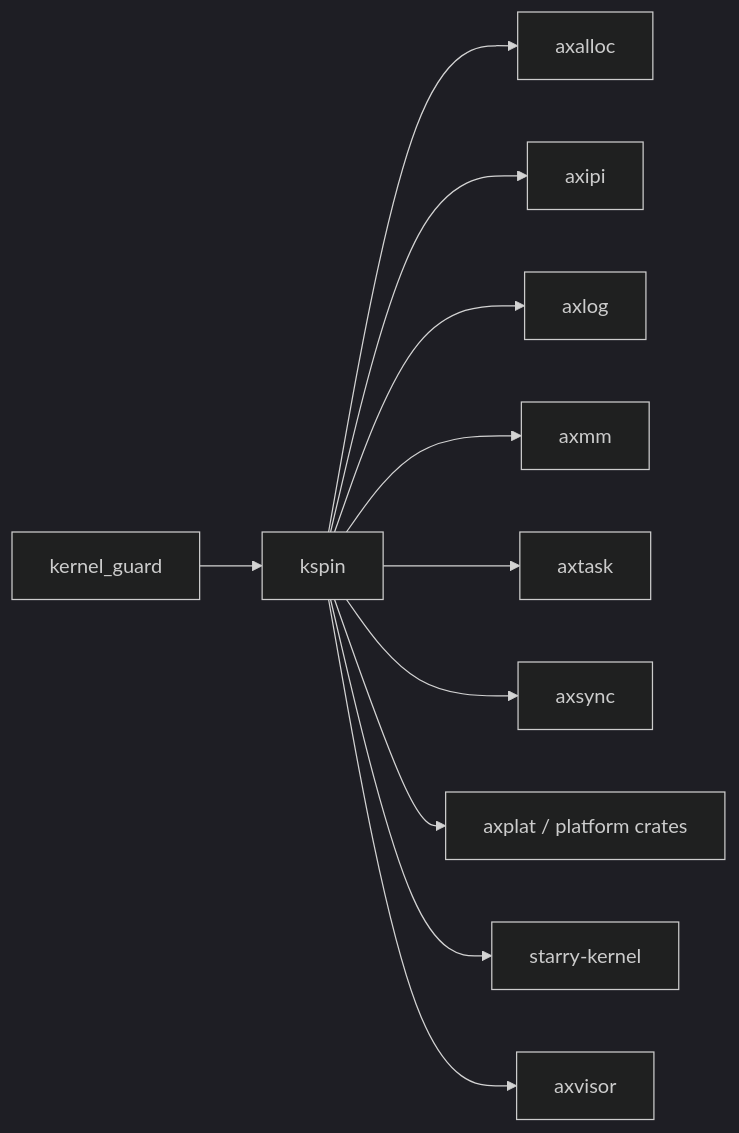
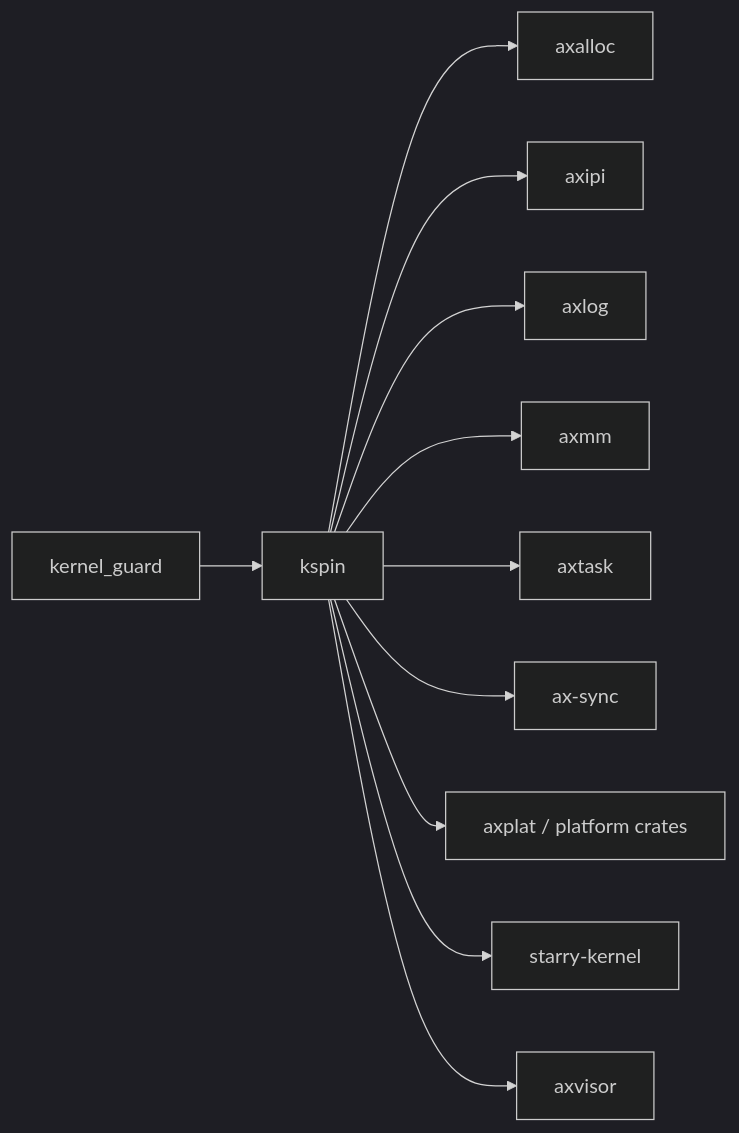
One commit to zKurisu/tgoskits changed the diagram in docs/crates/kspin.md. Above: the diagram before and after it, drawn with Mermaid (dark theme). The commit also changed other lines of this file and 79 other files, not shown here.

Commit message:
rename axsync to ax-sync

````diff
--- a/docs/crates/kspin.md
+++ b/docs/crates/kspin.md
@@ -61,14 +61,14 @@
 ```mermaid
 graph LR
     kernel_guard["kernel_guard"] --> kspin["kspin"]
 
     kspin --> axalloc["axalloc"]
     kspin --> axipi["axipi"]
     kspin --> axlog["axlog"]
     kspin --> axmm["axmm"]
     kspin --> axtask["axtask"]
-    kspin --> axsync["axsync"]
+    kspin --> ax-sync["ax-sync"]
     kspin --> axplat["axplat / platform crates"]
     kspin --> starry["starry-kernel"]
     kspin --> axvisor["axvisor"]
 ```
````
